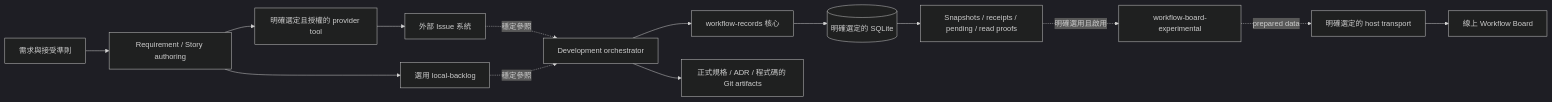
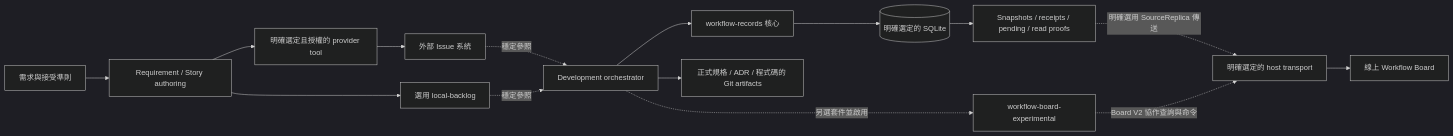
One commit to YuChia-Wei/ai-collaboration-framework changed the first of 3 diagrams in docs/workflow-module-map.md. Above: the diagram before and after it, drawn with Mermaid (dark theme). The commit also changed other lines of this file, not shown here.

Commit message:
docs(#520,#513): distinguish replica and collaboration transport paths
Why:
- Independent review found the module diagram routed SourceReplica requests through the V2 collaboration bridge.

What:
- Connect core SourceReplica preparation directly to explicitly selected host transport.
- Show the optional experimental V2 bridge as a separate path and explain the distinct contracts.

Validation:
- Compared the diagram against source_store.prepare, source_proof.next_step and the experimental V2 bridge contracts.
- git diff --check passed; only docs/workflow-module-map.md changed.
- Runtime package bytes remain identical to the version verified by 95 focused tests, two Luna CLI runs and two Antigravity sessions.
- No product test rerun is selected for this documentation correction.

Workflow:
- 2026-10-26-offline-workflow-carriers
- Stage: REVIEW-REPAIR
- Task: MODULE-MAP

````diff
--- a/docs/workflow-module-map.md
+++ b/docs/workflow-module-map.md
@@ -22,16 +22,17 @@
 ```mermaid
 flowchart LR
   Need[需求與接受準則] --> Author[Requirement / Story authoring]
   Author --> Provider[明確選定且授權的 provider tool]
   Provider --> Tracker[外部 Issue 系統]
   Author --> Local[選用 local-backlog]
   Tracker -. 穩定參照 .-> Orch[Development orchestrator]
   Local -. 穩定參照 .-> Orch
   Orch --> Core[workflow-records 核心]
   Orch --> Git[正式規格 / ADR / 程式碼的 Git artifacts]
   Core --> SQLite[(明確選定的 SQLite)]
   SQLite --> Snapshot[Snapshots / receipts / pending / read proofs]
-  Snapshot -. 明確選用且啟用 .-> Bridge[workflow-board-experimental]
-  Bridge -. prepared data .-> Host[明確選定的 host transport]
+  Snapshot -. 明確選用 SourceReplica 傳送 .-> Host[明確選定的 host transport]
+  Orch -. 另選套件並啟用 .-> Bridge[workflow-board-experimental]
+  Bridge -. Board V2 協作查詢與命令 .-> Host
   Host --> Board[線上 Workflow Board]
 ```
````
